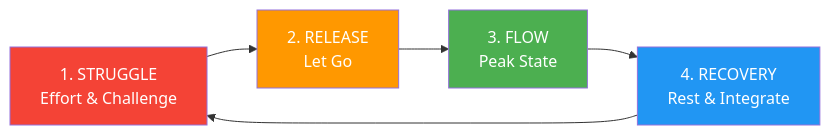
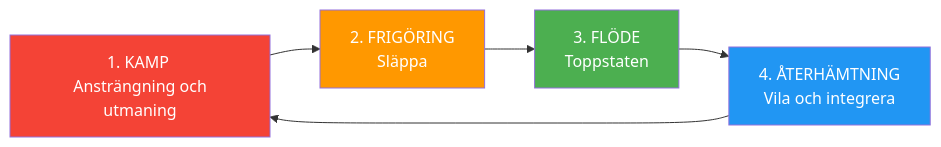
Before and after one commit to patwii/petanque-academy: the second of 2 diagrams in docs/sv/articles/flow-state-science.md, drawn with Mermaid. The commit also changed other lines of this file and 550 other files, not shown here.

````diff
--- a/docs/sv/articles/flow-state-science.md
+++ b/docs/sv/articles/flow-state-science.md
@@ -156,12 +156,12 @@
 ```mermaid
 flowchart LR
-    A[1. STRUGGLE<br/>Effort & Challenge] --> B[2. RELEASE<br/>Let Go]
-    B --> C[3. FLOW<br/>Peak State]
-    C --> D[4. RECOVERY<br/>Rest & Integrate]
+    A[1. KAMP <br/> Ansträngning och utmaning] --> B[2. FRIGÖRING <br/> Släppa]
+    B --> C[3. FLÖDE <br/> Toppstaten]
+    C --> D[4. ÅTERHÄMTNING <br/> Vila och integrera]
     D --> A
 
     style A fill:#f44336,color:#fff
     style B fill:#FF9800,color:#fff
     style C fill:#4CAF50,color:#fff
     style D fill:#2196F3,color:#fff
 ```
````
